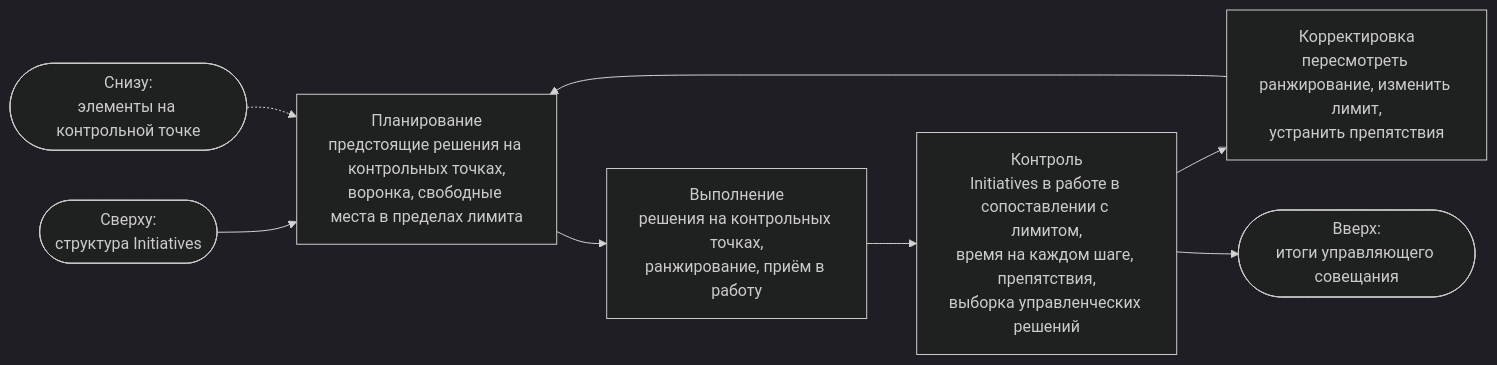
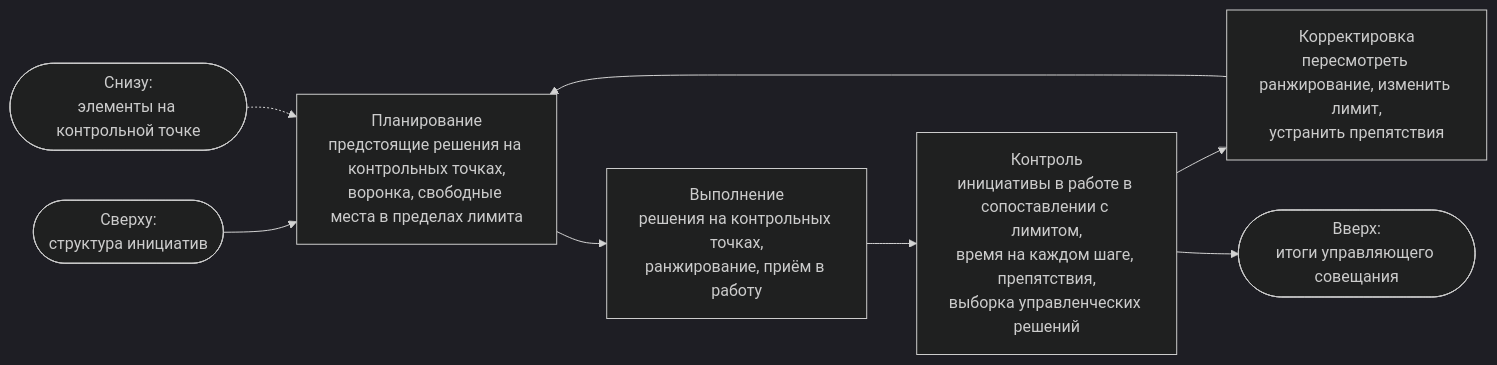
Before and after one commit to devhogu/ob-aicc: the fourth of 5 diagrams in portal/content/ru/portfolio/the-loops-and-governance.md, drawn with Mermaid (dark theme). The commit also changed other lines of this file and 150 other files, not shown here.

````diff
--- a/portal/content/ru/portfolio/the-loops-and-governance.md
+++ b/portal/content/ru/portfolio/the-loops-and-governance.md
@@ -66,10 +66,10 @@
 ```mermaid
 flowchart LR
-  IN(["Сверху:<br/>структура Initiatives"]) --> P["Планирование<br/>предстоящие решения на контрольных точках,<br/>воронка, свободные места в пределах лимита"]
+  IN(["Сверху:<br/>структура инициатив"]) --> P["Планирование<br/>предстоящие решения на контрольных точках,<br/>воронка, свободные места в пределах лимита"]
   P --> D["Выполнение<br/>решения на контрольных точках,<br/>ранжирование, приём в работу"]
-  D --> C["Контроль<br/>Initiatives в работе в сопоставлении с лимитом,<br/>время на каждом шаге, препятствия,<br/>выборка управленческих решений"]
+  D --> C["Контроль<br/>инициативы в работе в сопоставлении с лимитом,<br/>время на каждом шаге, препятствия,<br/>выборка управленческих решений"]
   C --> A["Корректировка<br/>пересмотреть ранжирование, изменить лимит,<br/>устранить препятствия"]
   A --> P
   EV(["Снизу:<br/>элементы на контрольной точке"]) -.-> P
   C --> OUT(["Вверх:<br/>итоги управляющего совещания"])
 ```
````
